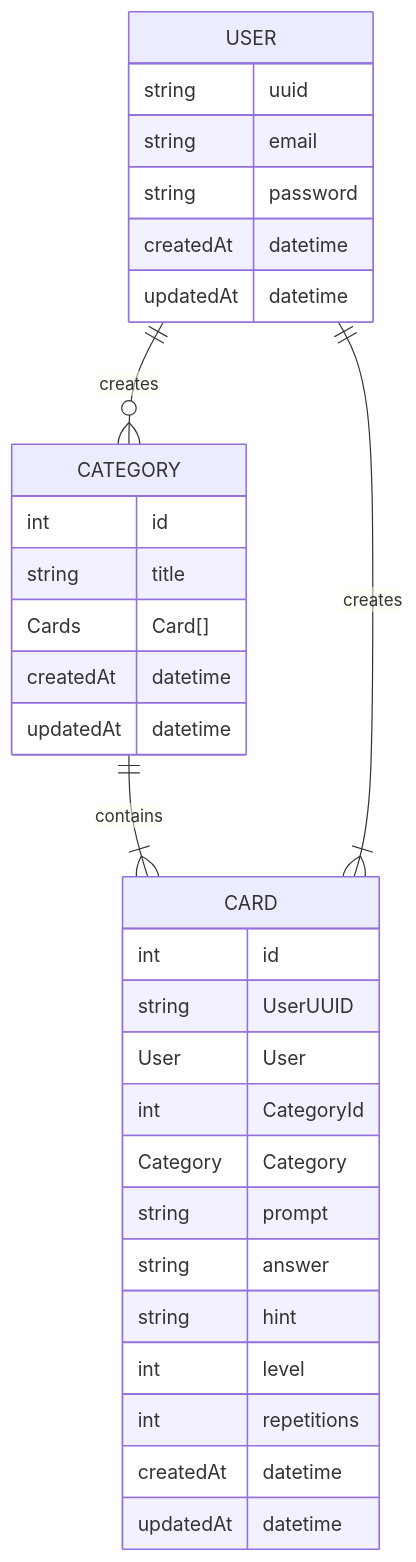
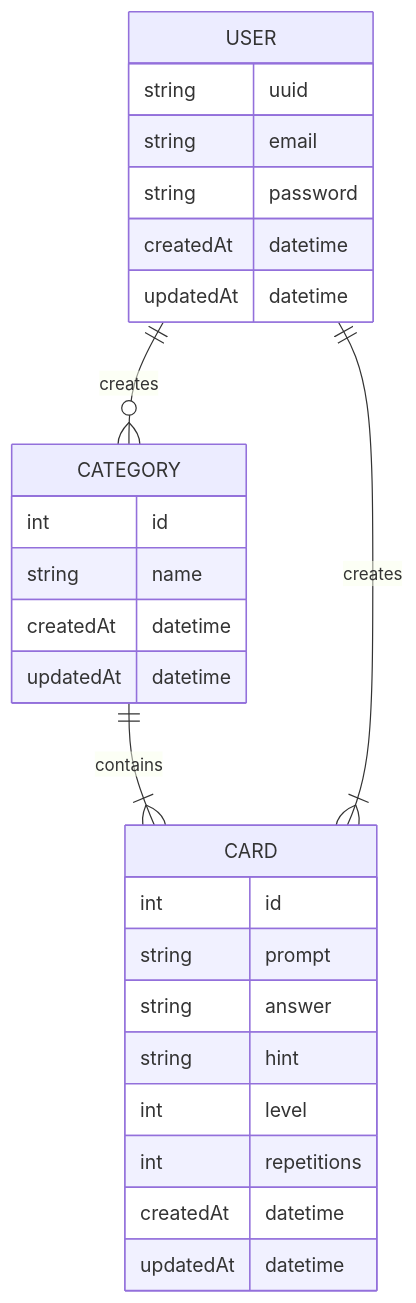
The diagram in prisma/schema.md (AllyDouillette/backend-personal-project), drawn with Mermaid before and after one commit.

Commit message:
update documentation of erd

````diff
--- a/prisma/schema.md
+++ b/prisma/schema.md
@@ -1,37 +1,32 @@
 ```mermaid
 erDiagram
     USER {
         string uuid
         string email
         string password
         createdAt datetime
         updatedAt datetime
     }
 
     CATEGORY {
         int id
-        string title
-        Cards Card[]
+        string name
         createdAt datetime
         updatedAt datetime
     }
 
     CARD {
         int id
-        string  UserUUID
-        User  User
-        int CategoryId
-        Category Category
         string prompt
         string answer
         string hint
         int level
         int repetitions
         createdAt datetime
         updatedAt datetime
     }
 
     USER ||--o{ CATEGORY : creates
     CATEGORY ||--|{ CARD : contains
     USER ||--|{ CARD : creates
 ```
````
